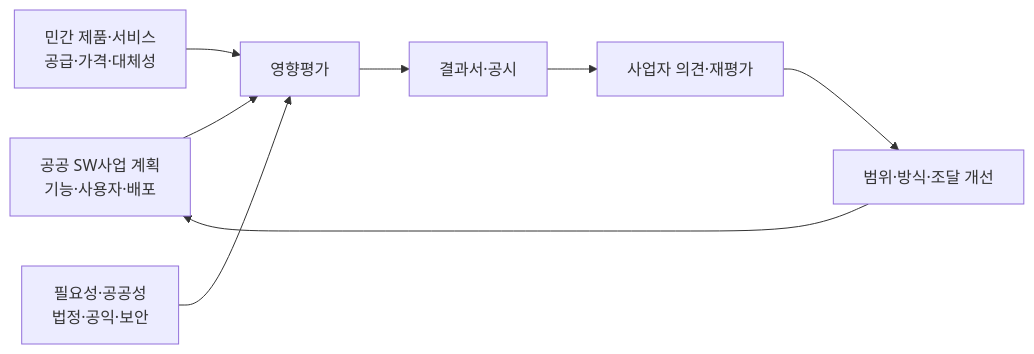
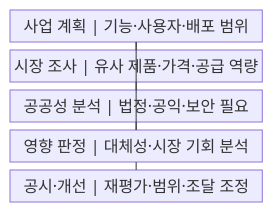
Before and after one commit to agnusdei1207/knowledge-base: the first of 2 diagrams in src/content/docs/notes/03-software/192_sw_business_impact_assessment.md, drawn with Mermaid. The commit also changed other lines of this file and 20 other files, not shown here.

````diff
--- a/src/content/docs/notes/03-software/192_sw_business_impact_assessment.md
+++ b/src/content/docs/notes/03-software/192_sw_business_impact_assessment.md
@@ -55,10 +49,14 @@
 ```mermaid
-flowchart LR
-    P["공공 SW사업 계획<br/>기능·사용자·배포"] --> E["영향평가"]
-    M["민간 제품·서비스<br/>공급·가격·대체성"] --> E
-    N["필요성·공공성<br/>법정·공익·보안"] --> E
-    E --> D["결과서·공시"]
-    D --> O["사업자 의견·재평가"]
-    O --> R["범위·방식·조달 개선"]
-    R --> P
+block
+    columns 1
+    A["사업 계획 | 기능·사용자·배포 범위"]
+    B["시장 조사 | 유사 제품·가격·공급 역량"]
+    C["공공성 분석 | 법정·공익·보안 필요"]
+    D["영향 판정 | 대체성·시장 기회 분석"]
+    E["공시·개선 | 재평가·범위·조달 조정"]
+    A --- B
+    A --- C
+    B --- D
+    C --- D
+    D --- E
 ```
````
